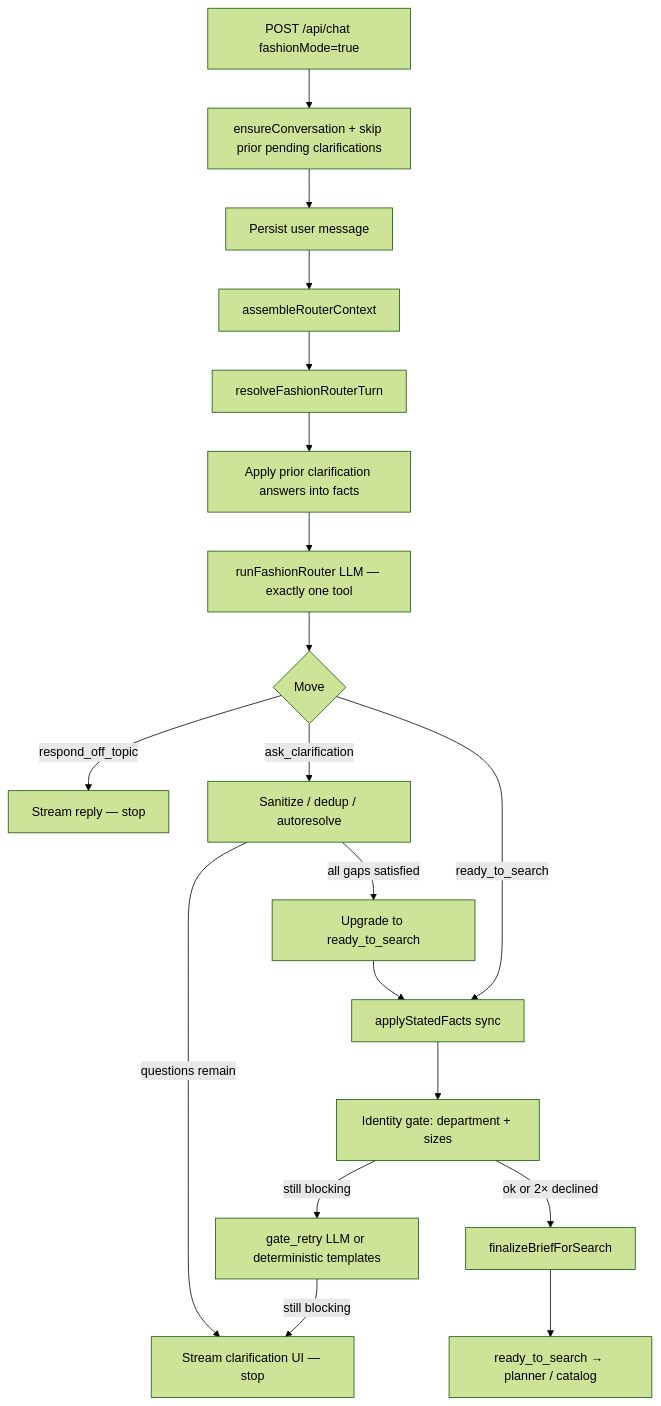
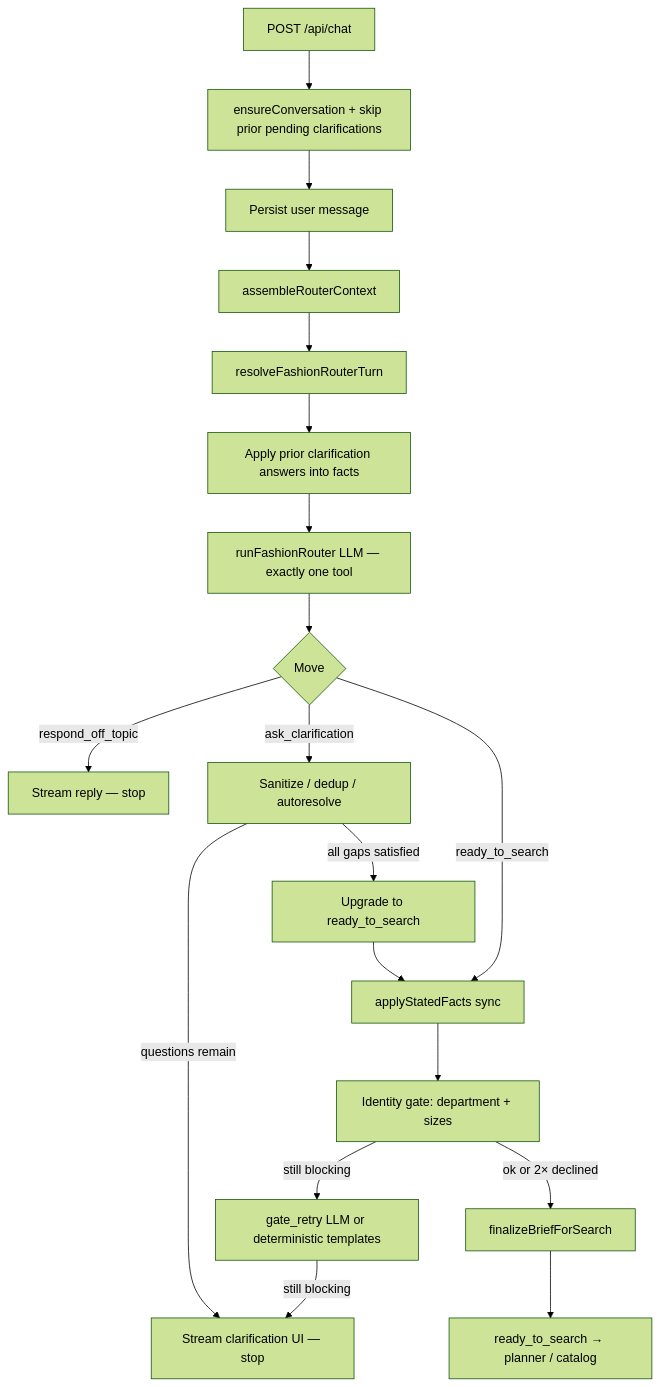
Before and after one commit to WreckitRa/shoop-agent: the diagram in docs/fashion/before-ready-to-search.md, drawn with Mermaid (forest theme). The commit also changed other lines of this file and 433 other files, not shown here.

First line of the commit message:
Ship fashion-only chat, ask-friends polish, and shared cards hub.

````diff
--- a/docs/fashion/before-ready-to-search.md
+++ b/docs/fashion/before-ready-to-search.md
@@ -38,21 +37,21 @@
 ```mermaid
 flowchart TD
-  A["POST /api/chat fashionMode=true"] --> B["ensureConversation + skip prior pending clarifications"]
+  A["POST /api/chat"] --> B["ensureConversation + skip prior pending clarifications"]
   B --> C["Persist user message"]
   C --> D["assembleRouterContext"]
   D --> E["resolveFashionRouterTurn"]
   E --> F["Apply prior clarification answers into facts"]
   F --> G["runFashionRouter LLM — exactly one tool"]
   G --> H{"Move"}
   H -->|respond_off_topic| Z["Stream reply — stop"]
   H -->|ask_clarification| I["Sanitize / dedup / autoresolve"]
   I -->|questions remain| Y["Stream clarification UI — stop"]
   I -->|all gaps satisfied| J["Upgrade to ready_to_search"]
   H -->|ready_to_search| K["applyStatedFacts sync"]
   J --> K
   K --> L["Identity gate: department + sizes"]
   L -->|still blocking| M["gate_retry LLM or deterministic templates"]
   M -->|still blocking| Y
   L -->|ok or 2× declined| N["finalizeBriefForSearch"]
   N --> O["ready_to_search → planner / catalog"]
 ```
````
